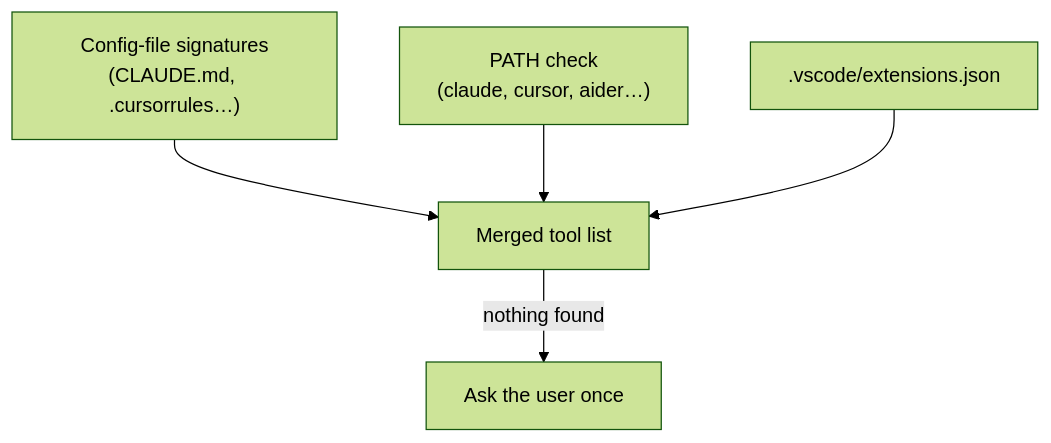
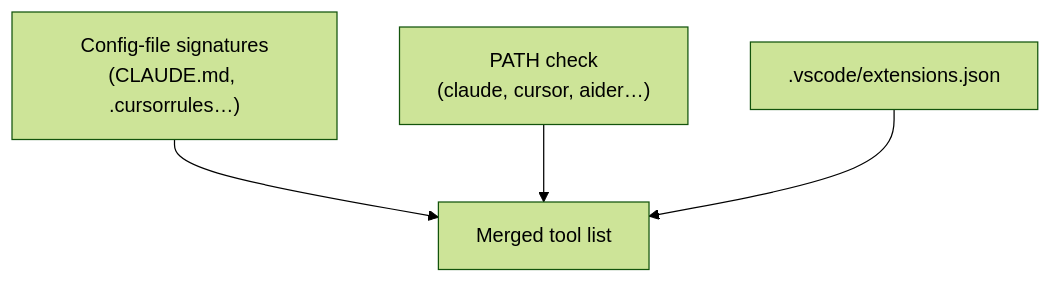
One commit to njranum/Fix-My-Vibe changed the third of 4 diagrams in README.md. Above: the diagram before and after it, drawn with Mermaid (forest theme). The commit also changed other lines of this file, not shown here.

First line of the commit message:
Rewrite README to match the deterministic-first architecture

````diff
--- a/README.md
+++ b/README.md
@@ -85,7 +96,6 @@
 ```mermaid
 flowchart TD
     A["Config-file signatures<br/>(CLAUDE.md, .cursorrules…)"] --> M["Merged tool list"]
     B["PATH check<br/>(claude, cursor, aider…)"] --> M
     C[".vscode/extensions.json"] --> M
-    M -->|nothing found| D["Ask the user once"]
 ```
````
